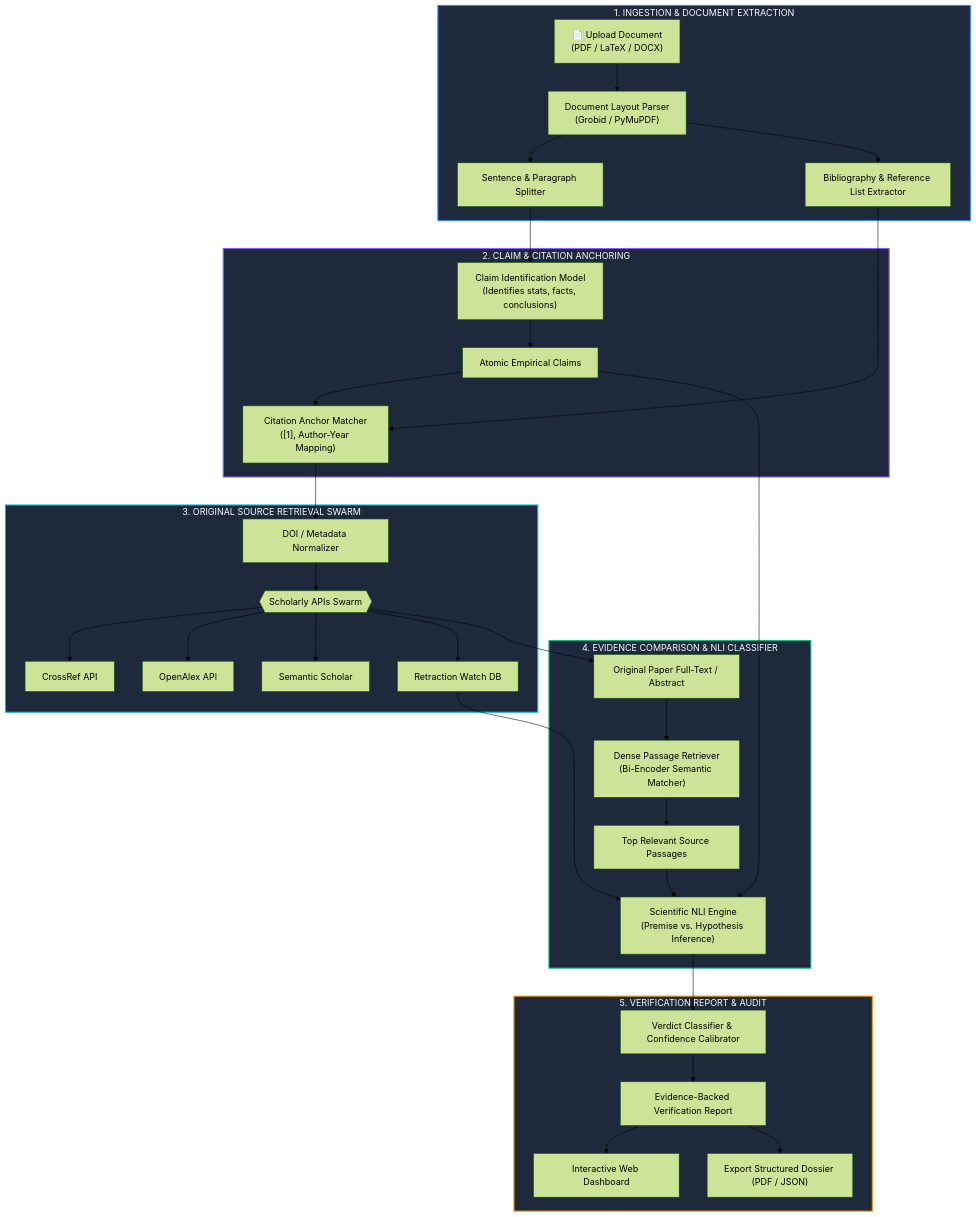
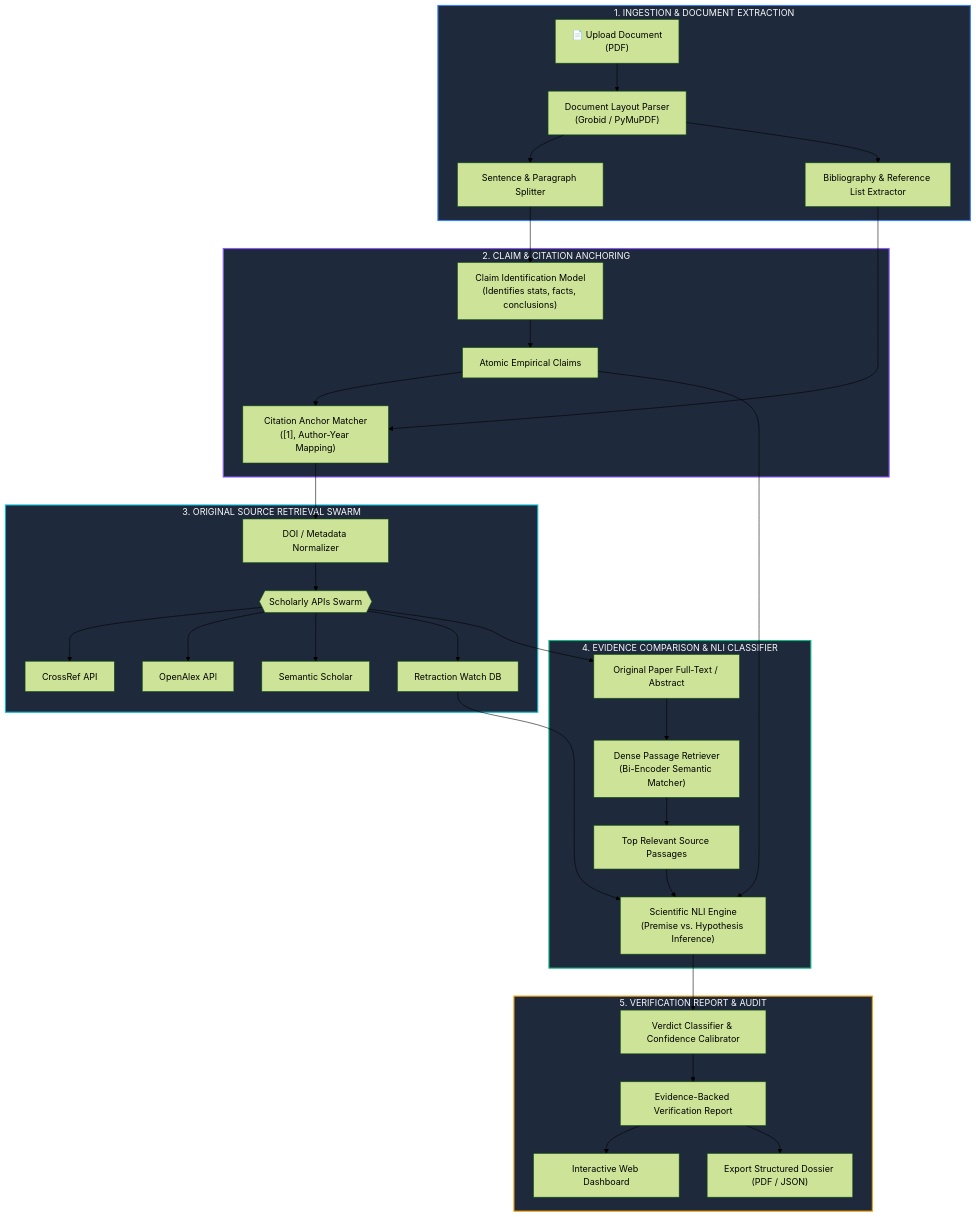
One commit to rachana15088-rgb/CiteVerify changed the first of 2 diagrams in README.md. Above: the diagram before and after it, drawn with Mermaid (forest theme). The commit also changed other lines of this file, not shown here.

````diff
--- a/README.md
+++ b/README.md
@@ -61,44 +58,44 @@
 ```mermaid
 flowchart TB
     subgraph INGESTION["1. INGESTION & DOCUMENT EXTRACTION"]
-        DOC["📄 Upload Document<br/>(PDF / LaTeX / DOCX)"] --> PARSER["Document Layout Parser<br/>(Grobid / PyMuPDF)"]
+        DOC["📄 Upload Document<br/>(PDF)"] --> PARSER["Document Layout Parser<br/>(Grobid / PyMuPDF)"]
         PARSER --> CHUNKS["Sentence & Paragraph Splitter"]
         PARSER --> BIBLIO["Bibliography & Reference List Extractor"]
     end
 
     subgraph CLAIM_MAPPING["2. CLAIM & CITATION ANCHORING"]
         CHUNKS --> CLAIM_DETECTOR["Claim Identification Model<br/>(Identifies stats, facts, conclusions)"]
         CLAIM_DETECTOR --> ATOMIC_CLAIMS["Atomic Empirical Claims"]
         BIBLIO & ATOMIC_CLAIMS --> CITATION_MAPPER["Citation Anchor Matcher<br/>([1], Author-Year Mapping)"]
     end
 
     subgraph RETRIEVAL["3. ORIGINAL SOURCE RETRIEVAL SWARM"]
         CITATION_MAPPER --> RESOLVER["DOI / Metadata Normalizer"]
         RESOLVER --> APIS{{"Scholarly APIs Swarm"}}
         APIS --> CROSSREF["CrossRef API"]
         APIS --> OPENALEX["OpenAlex API"]
         APIS --> S2["Semantic Scholar"]
         APIS --> RETRACT_WATCH["Retraction Watch DB"]
     end
 
     subgraph COMPARISON["4. EVIDENCE COMPARISON & NLI CLASSIFIER"]
         APIS --> SOURCE_TEXT["Original Paper Full-Text / Abstract"]
         SOURCE_TEXT --> PASSAGE_RETRIEVER["Dense Passage Retriever<br/>(Bi-Encoder Semantic Matcher)"]
         PASSAGE_RETRIEVER --> TOP_PASSAGES["Top Relevant Source Passages"]
         TOP_PASSAGES & ATOMIC_CLAIMS --> NLI["Scientific NLI Engine<br/>(Premise vs. Hypothesis Inference)"]
         RETRACT_WATCH --> NLI
     end
 
     subgraph REPORTING["5. VERIFICATION REPORT & AUDIT"]
         NLI --> VERDICT_CALC["Verdict Classifier & Confidence Calibrator"]
         VERDICT_CALC --> REPORT["Evidence-Backed Verification Report"]
         REPORT --> DASHBOARD["Interactive Web Dashboard"]
         REPORT --> EXPORT["Export Structured Dossier (PDF / JSON)"]
     end
 
     style INGESTION fill:#1e293b,stroke:#3b82f6,stroke-width:2px,color:#f8fafc
     style CLAIM_MAPPING fill:#1e293b,stroke:#8b5cf6,stroke-width:2px,color:#f8fafc
     style RETRIEVAL fill:#1e293b,stroke:#06b6d4,stroke-width:2px,color:#f8fafc
     style COMPARISON fill:#1e293b,stroke:#10b981,stroke-width:2px,color:#f8fafc
     style REPORTING fill:#1e293b,stroke:#f59e0b,stroke-width:2px,color:#f8fafc
 ```
````
